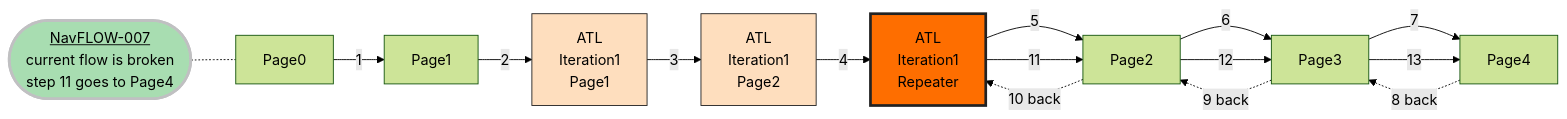
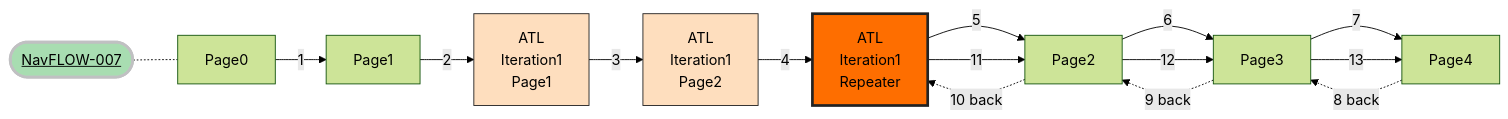
Before and after one commit to hmrc/gform-frontend: the seventh of 20 diagrams in Navigation.md, drawn with Mermaid. The commit also changed other lines of this file, not shown here.

````diff
--- a/Navigation.md
+++ b/Navigation.md
@@ -182,31 +182,31 @@
 ```mermaid
 %%{init: {'theme': 'forest', "flowchart" : { "curve" : "basis" } } }%%
 graph LR;
-    title(["<u>NavFLOW-007</u><br>current flow is broken<br>step 11 goes to Page4"])
+    title([<u>NavFLOW-007</u>])
     title -.- Page0
     Page0 --> |1| Page1
     Page1 --> |2| ATLPage1["ATL<br>Iteration1<br>Page1"]
     ATLPage1 --> |3| ATLPage2["ATL<br>Iteration1<br>Page2"]
     ATLPage2 --> |4| ATLRepeater
     ATLRepeater --> |5| Page2
     Page2 --> |6| Page3
     Page3 --> |7|Page4
     Page4 -.8 back.-> Page3
     Page3 -.9 back.-> Page2
     Page2 -.10 back.-> ATLRepeater["ATL<br>Iteration1<br>Repeater"]
 
     ATLRepeater --> |11| Page2
     Page2 --> |12| Page3
     Page3 --> |13| Page4
 
     classDef orange fill:#fedebe,stroke:#222,stroke-width:1px
     classDef orangeCYA fill:#ffaf42,stroke:#222,stroke-width:2px
     classDef orangeRepeater fill:#fe6e00,stroke:#222,stroke-width:3px
     class ATLRepeater orangeRepeater
     class ATLPage2 orange
     class ATLPage1 orange
     classDef redTitle fill:#c21807 ,stroke:#c0c0c2,stroke-width:3px
     classDef greenTitle fill:#a8ddb1 ,stroke:#c0c0c2,stroke-width:3px
     class title greenTitle
 
 ```
````
